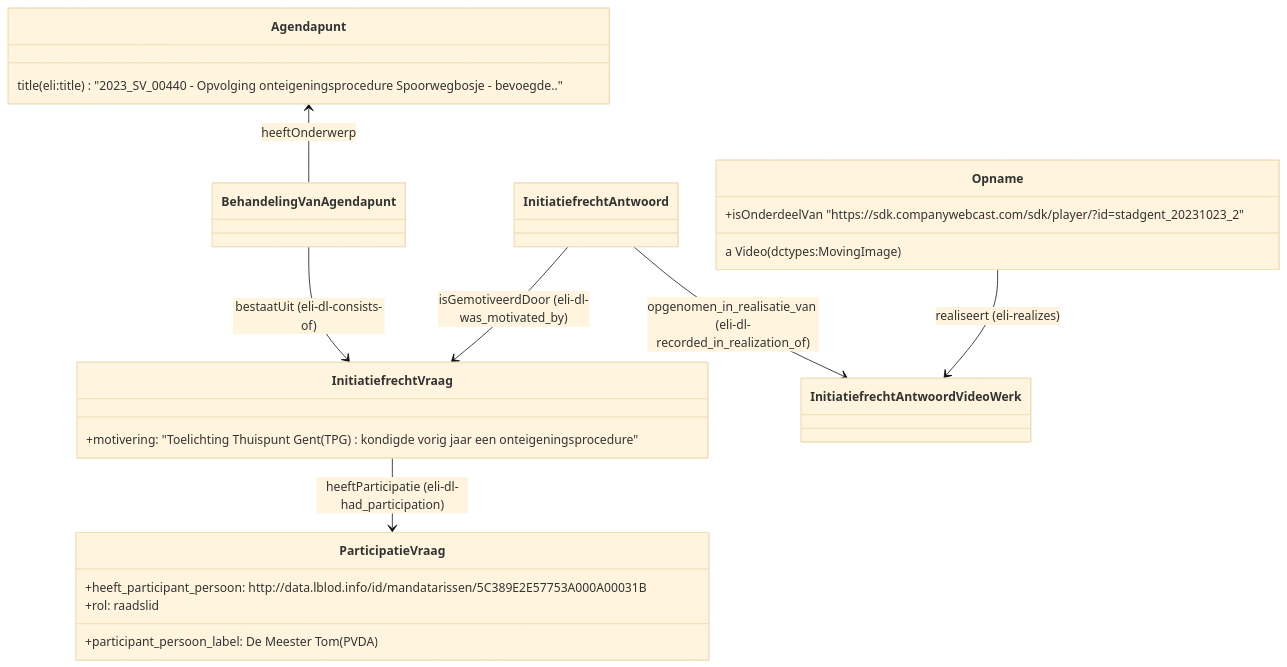
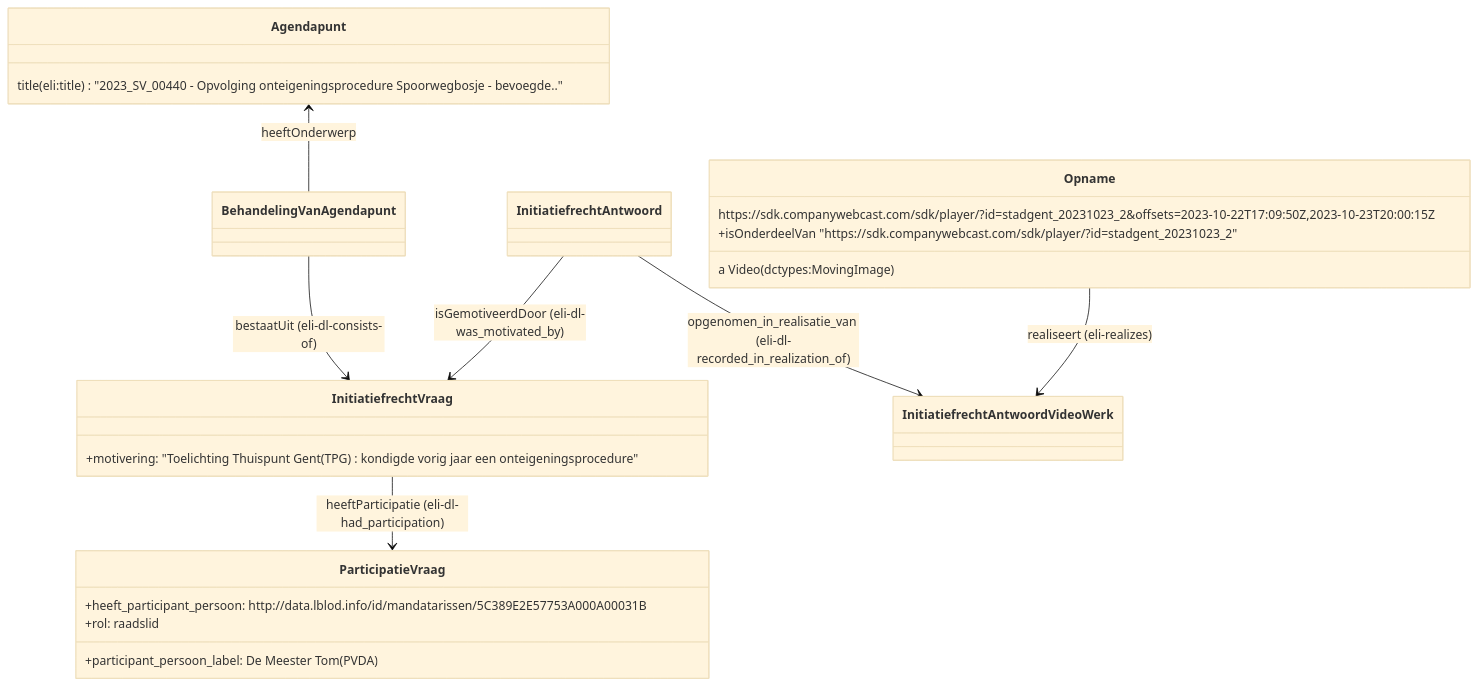
Diagram 15 of 15 in README.md (Informatievlaanderen/OSLOthema-slimmeRaadpleegOmgeving), drawn with Mermaid (base theme) before and after one commit.

````diff
--- a/README.md
+++ b/README.md
@@ -680,33 +680,34 @@
 ```mermaid
 classDiagram
     Agendapunt <-- BehandelingVanAgendapunt: heeftOnderwerp
 
     class Agendapunt {
       title (eli:title) "2023_SV_00440 - Opvolging onteigeningsprocedure Spoorwegbosje - bevoegde.."
     }
 
     InitiatiefrechtAntwoord --> InitiatiefrechtVraag : isGemotiveerdDoor (eli-dl-was_motivated_by)
     BehandelingVanAgendapunt --> InitiatiefrechtVraag: bestaatUit (eli-dl-consists-of)
 
     InitiatiefrechtVraag --> ParticipatieVraag: heeftParticipatie (eli-dl-had_participation)
 
     InitiatiefrechtAntwoord --> InitiatiefrechtAntwoordVideoWerk: opgenomen_in_realisatie_van (eli-dl-recorded_in_realization_of)
 
     Opname --> InitiatiefrechtAntwoordVideoWerk: realiseert (eli-realizes)
 
     class InitiatiefrechtVraag {
       +motivering: "Toelichting Thuispunt Gent (TPG) kondigde vorig jaar een onteigeningsprocedure"
     }
 
     class Opname {
+    https://sdk.companywebcast.com/sdk/player/?id=stadgent_20231023_2&offsets=2023-10-22T17:09:50Z,2023-10-23T20:00:15Z
       a Video (dctypes:MovingImage)
       +isOnderdeelVan "https://sdk.companywebcast.com/sdk/player/?id=stadgent_20231023_2"
     }
 
   
     class ParticipatieVraag {
       +heeft_participant_persoon: http://data.lblod.info/id/mandatarissen/5C389E2E57753A000A00031B
       +participant_persoon_label: De Meester Tom (PVDA)
       +rol: raadslid
     }
 ```
````
